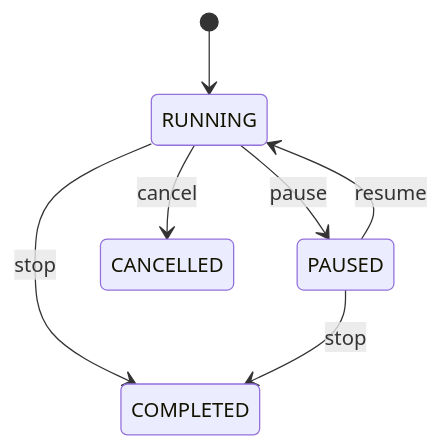
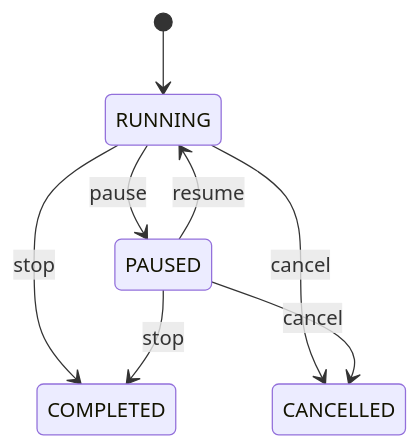
The second of 2 diagrams in docs/guides/timer.ko.md (onprem-hipster-timer/backend), drawn with Mermaid before and after one commit. The commit also changed other lines of this file, not shown here.

````diff
--- a/docs/guides/timer.ko.md
+++ b/docs/guides/timer.ko.md
@@ -543,9 +570,10 @@
 ```mermaid
 stateDiagram-v2
     [*] --> RUNNING
     RUNNING --> PAUSED: pause
     PAUSED --> RUNNING: resume
     RUNNING --> COMPLETED: stop
     PAUSED --> COMPLETED: stop
     RUNNING --> CANCELLED: cancel
+    PAUSED --> CANCELLED: cancel
 ```
````
